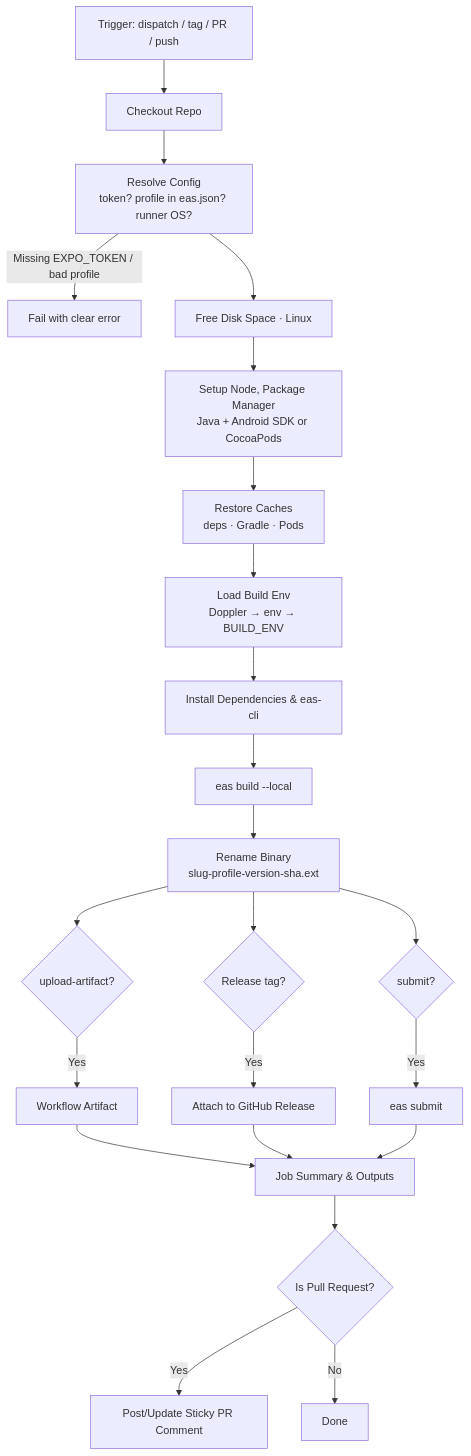
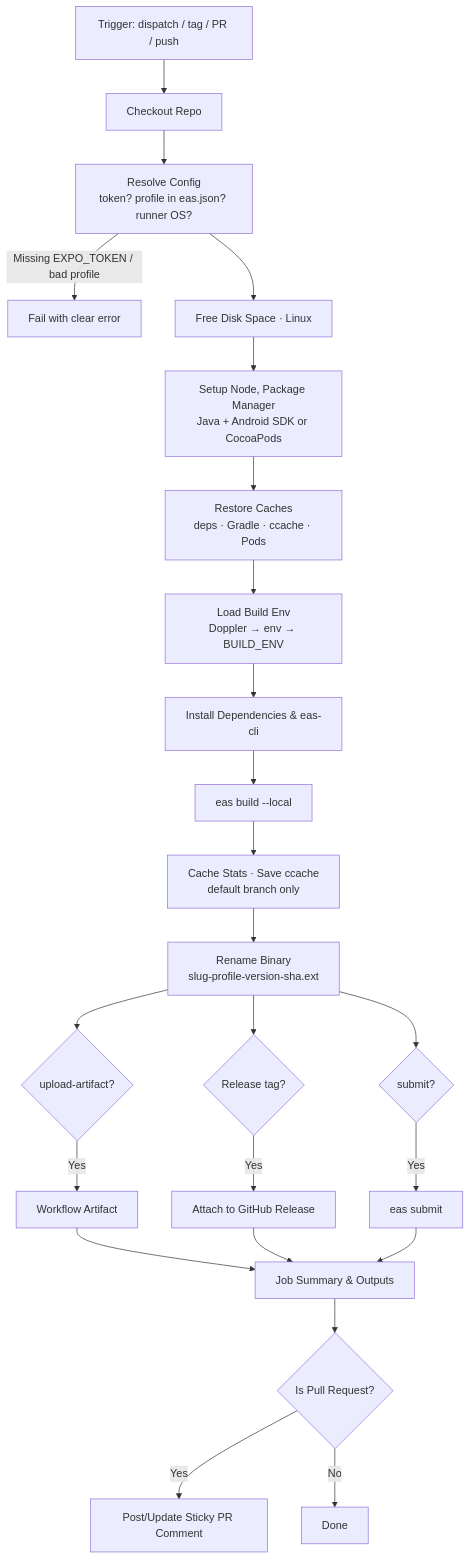
The diagram in README.md (ym-actions/expo-local-build), drawn with Mermaid before and after one commit. The commit also changed other lines of this file and 1 other file, not shown here.

````diff
--- a/README.md
+++ b/README.md
@@ -35,25 +38,26 @@
 ```mermaid
 graph TD
     A[Trigger: dispatch / tag / PR / push] --> B[Checkout Repo]
     B --> C[Resolve Config<br/>token? profile in eas.json? runner OS?]
     C -->|Missing EXPO_TOKEN / bad profile| X[Fail with clear error]
     C --> D[Free Disk Space · Linux]
     D --> E[Setup Node, Package Manager<br/>Java + Android SDK or CocoaPods]
-    E --> F[Restore Caches<br/>deps · Gradle · Pods]
+    E --> F[Restore Caches<br/>deps · Gradle · ccache · Pods]
     F --> G[Load Build Env<br/>Doppler → env → BUILD_ENV]
     G --> H[Install Dependencies & eas-cli]
     H --> I[eas build --local]
-    I --> J[Rename Binary<br/>slug-profile-version-sha.ext]
+    I --> I2[Cache Stats · Save ccache<br/>default branch only]
+    I2 --> J[Rename Binary<br/>slug-profile-version-sha.ext]
     J --> K{upload-artifact?}
     K -->|Yes| K1[Workflow Artifact]
     J --> L{Release tag?}
     L -->|Yes| L1[Attach to GitHub Release]
     J --> M{submit?}
     M -->|Yes| M1[eas submit]
     K1 --> N[Job Summary & Outputs]
     L1 --> N
     M1 --> N
     N --> P{Is Pull Request?}
     P -->|Yes| Q[Post/Update Sticky PR Comment]
     P -->|No| R[Done]
 ```
````
